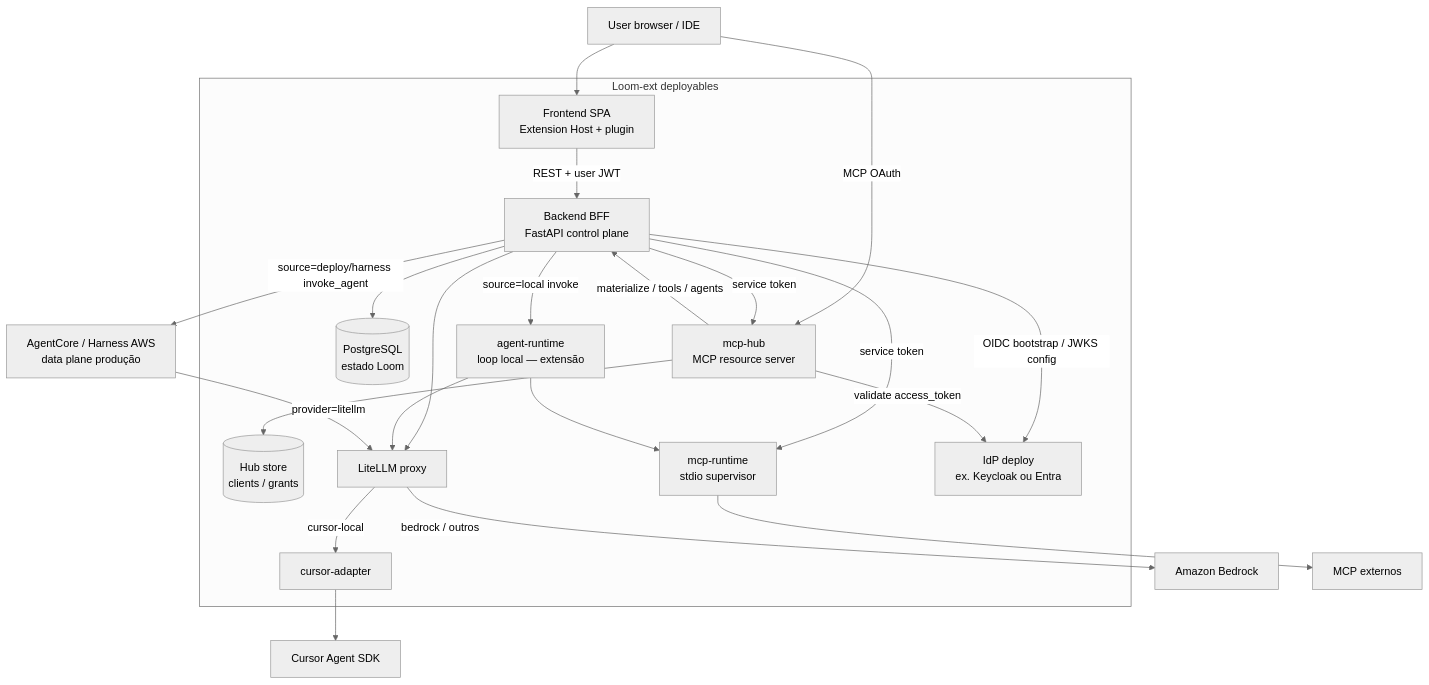
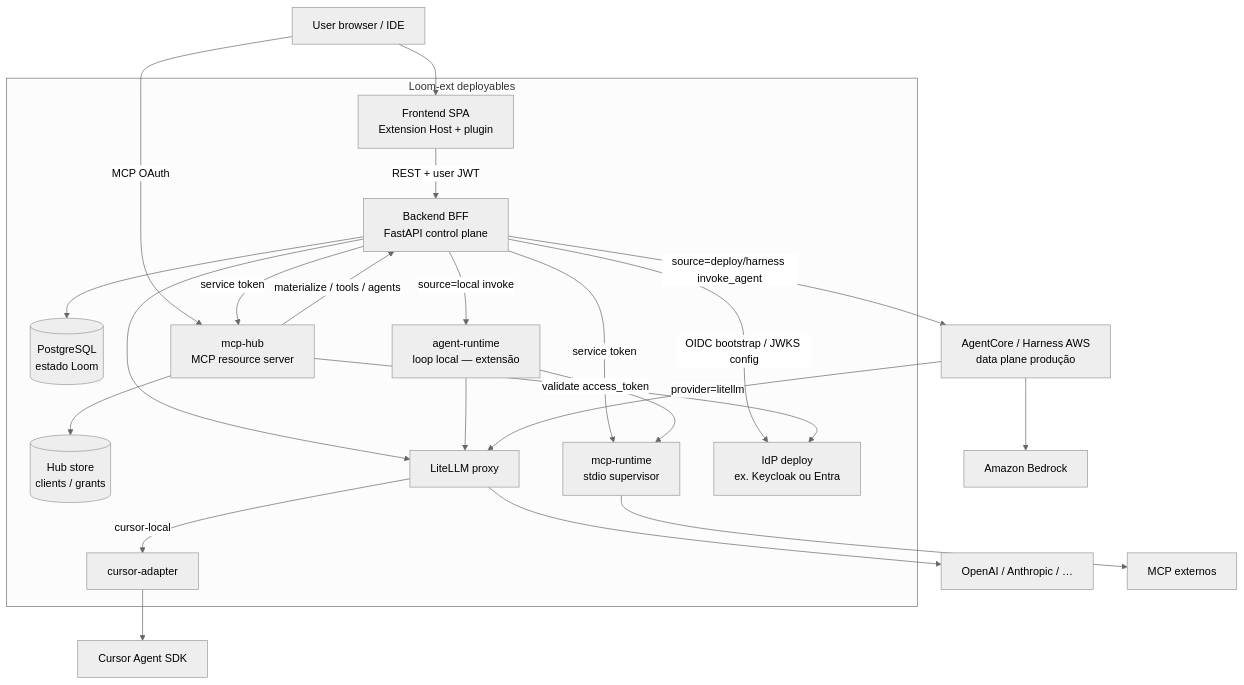
Before and after one commit to awslabs/loom: the second of 8 diagrams in local-runtime/docs/guide/architecture.md, drawn with Mermaid (neutral theme). The commit also changed other lines of this file, not shown here.

First line of the commit message:
docs(architecture): LiteLLM backends are OpenAI/Anthropic, not Bedrock

````diff
--- a/local-runtime/docs/guide/architecture.md
+++ b/local-runtime/docs/guide/architecture.md
@@ -74,43 +77,45 @@
 ```mermaid
 flowchart TB
   USER[User browser / IDE]
 
   subgraph LoomExt[Loom-ext deployables]
     FE[Frontend SPA<br/>Extension Host + plugin]
     BE[Backend BFF<br/>FastAPI control plane]
     PG[(PostgreSQL<br/>estado Loom)]
     HUB[mcp-hub<br/>MCP resource server]
     HSTORE[(Hub store<br/>clients / grants)]
     MCPR[mcp-runtime<br/>stdio supervisor]
     AR[agent-runtime<br/>loop local — extensão]
     CA[cursor-adapter]
     LL[LiteLLM proxy]
     IDPL[IdP deploy<br/>ex. Keycloak ou Entra]
   end
 
   AC[AgentCore / Harness AWS<br/>data plane produção]
   BR[Amazon Bedrock]
+  PROV[OpenAI / Anthropic / …]
   MCPX[MCP externos]
   CURSOR[Cursor Agent SDK]
 
   USER --> FE
   USER -->|MCP OAuth| HUB
   FE -->|REST + user JWT| BE
   BE --> PG
   BE -->|OIDC bootstrap / JWKS config| IDPL
   BE -->|service token| HUB
   BE -->|service token| MCPR
   BE -->|source=local invoke| AR
   BE -->|source=deploy/harness invoke_agent| AC
   BE --> LL
   HUB -->|materialize / tools / agents| BE
   HUB --> HSTORE
   HUB -->|validate access_token| IDPL
   AR --> LL
   AR --> MCPR
+  AC --> BR
   AC -->|provider=litellm| LL
-  LL -->|bedrock / outros| BR
+  LL --> PROV
   LL -->|cursor-local| CA
   CA --> CURSOR
   MCPR --> MCPX
 ```
````
